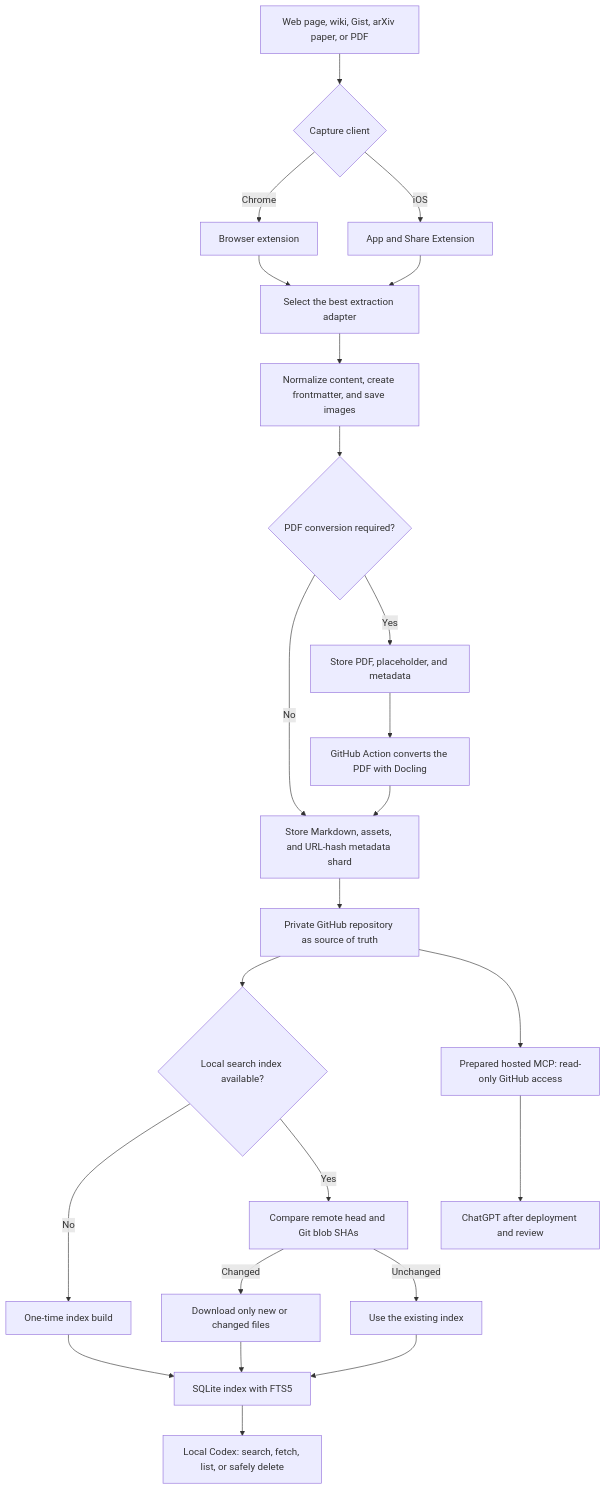
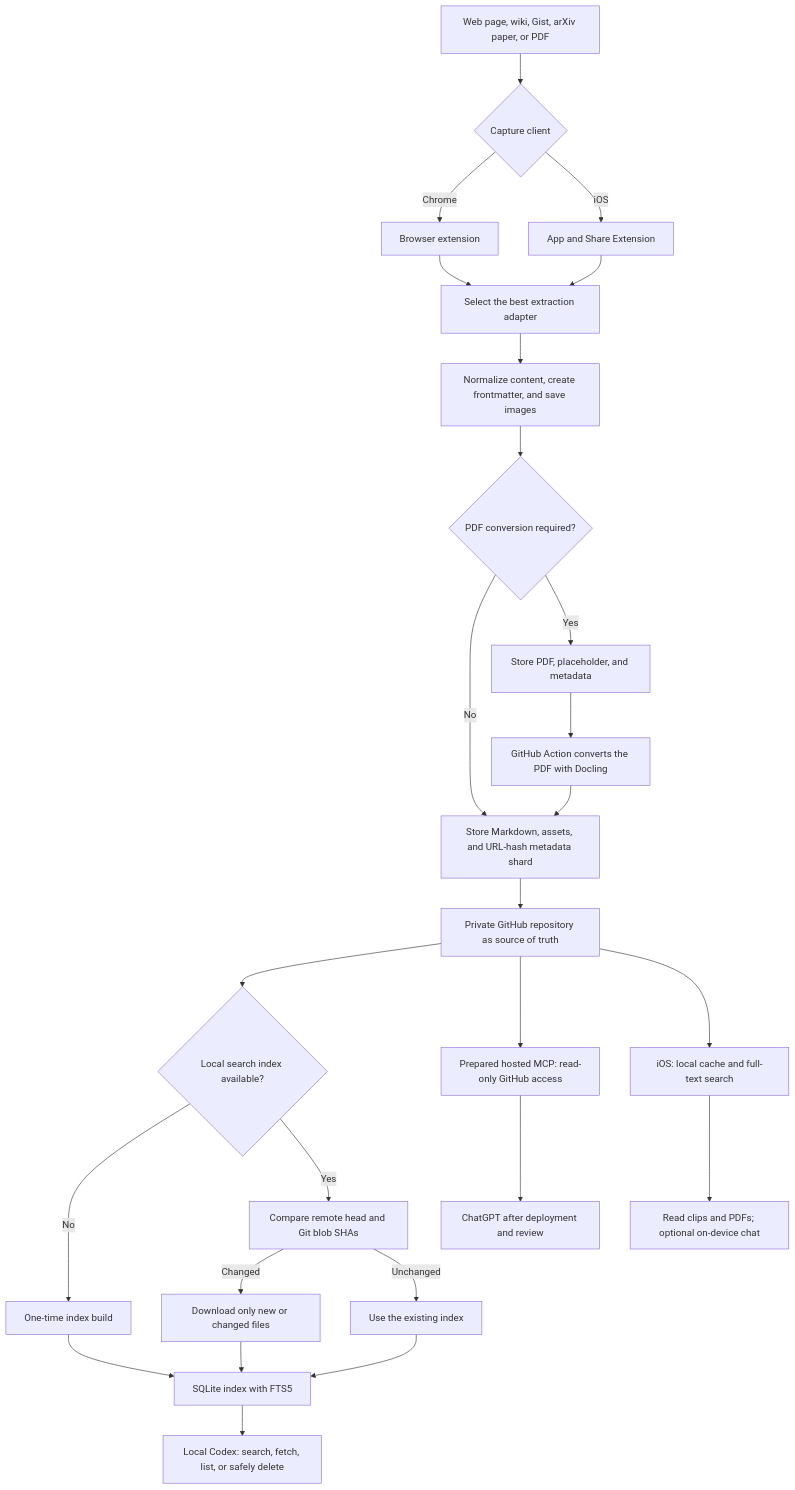
Before and after one commit to patrickschiller/sourcebraid: the diagram in README.md, drawn with Mermaid. The commit also changed other lines of this file and 34 other files, not shown here.

````diff
--- a/README.md
+++ b/README.md
@@ -31,26 +32,28 @@
 ```mermaid
 flowchart TD
     A["Web page, wiki, Gist, arXiv paper, or PDF"] --> B{"Capture client"}
     B -->|Chrome| C["Browser extension"]
     B -->|iOS| D["App and Share Extension"]
     C --> E["Select the best extraction adapter"]
     D --> E
     E --> F["Normalize content, create frontmatter, and save images"]
     F --> G{"PDF conversion required?"}
     G -->|No| H["Store Markdown, assets, and URL-hash metadata shard"]
     G -->|Yes| I["Store PDF, placeholder, and metadata"]
     I --> J["GitHub Action converts the PDF with Docling"]
     J --> H
     H --> K["Private GitHub repository as source of truth"]
     K --> L{"Local search index available?"}
     L -->|No| M["One-time index build"]
     L -->|Yes| N["Compare remote head and Git blob SHAs"]
     N -->|Changed| O["Download only new or changed files"]
     N -->|Unchanged| P["Use the existing index"]
     M --> Q["SQLite index with FTS5"]
     O --> Q
     P --> Q
     Q --> R["Local Codex: search, fetch, list, or safely delete"]
     K --> S["Prepared hosted MCP: read-only GitHub access"]
     S --> T["ChatGPT after deployment and review"]
+    K --> U["iOS: local cache and full-text search"]
+    U --> V["Read clips and PDFs; optional on-device chat"]
 ```
````
